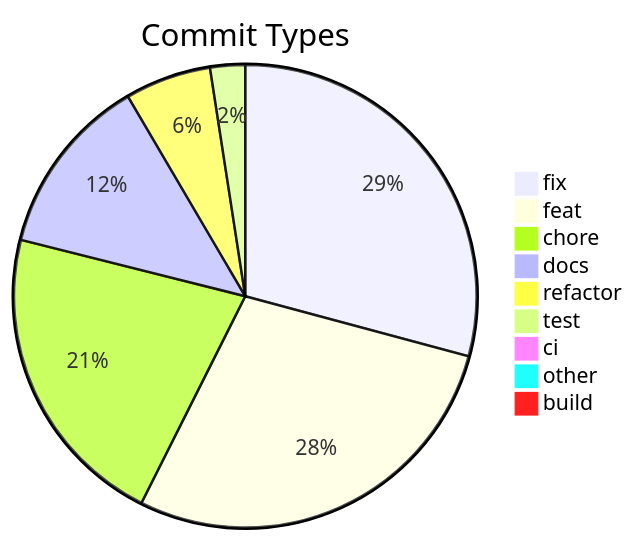
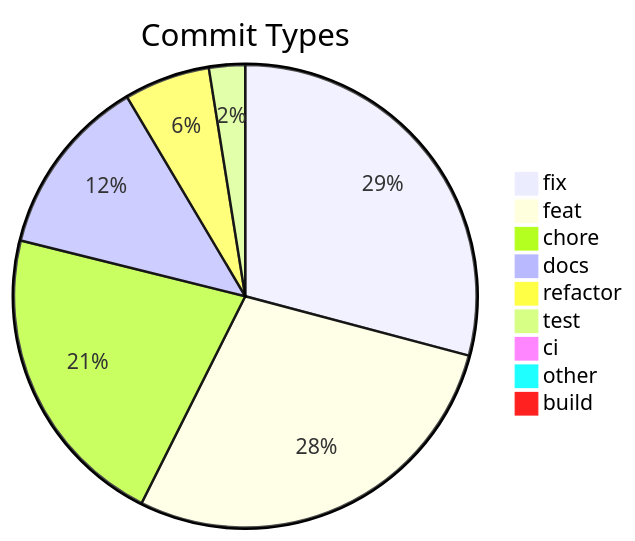
Before and after one commit to svenroth-ai/shipwright: the diagram in .shipwright/compliance/change-history.md, drawn with Mermaid. The commit also changed other lines of this file and 33 other files, not shown here.

````diff
--- a/.shipwright/compliance/change-history.md
+++ b/.shipwright/compliance/change-history.md
@@ -8,12 +8,12 @@
 ```mermaid
 pie title Commit Types
     "fix" : 335
-    "feat" : 324
+    "feat" : 325
     "chore" : 247
     "docs" : 145
     "refactor" : 69
-    "test" : 28
+    "test" : 29
     "ci" : 11
     "other" : 9
     "build" : 1
 ```
````
